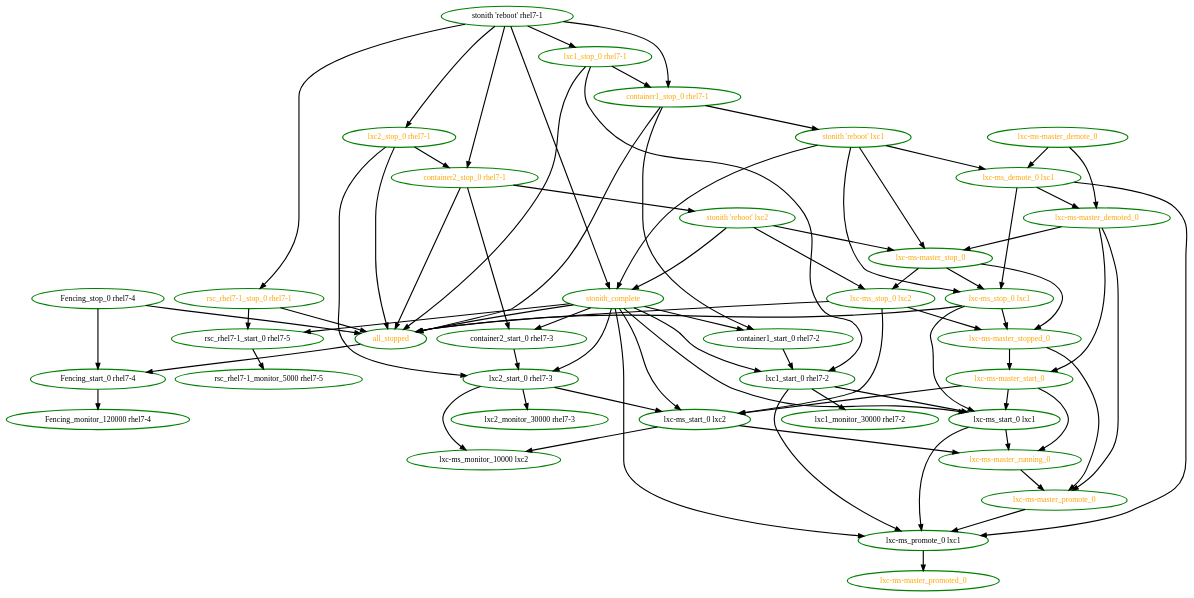
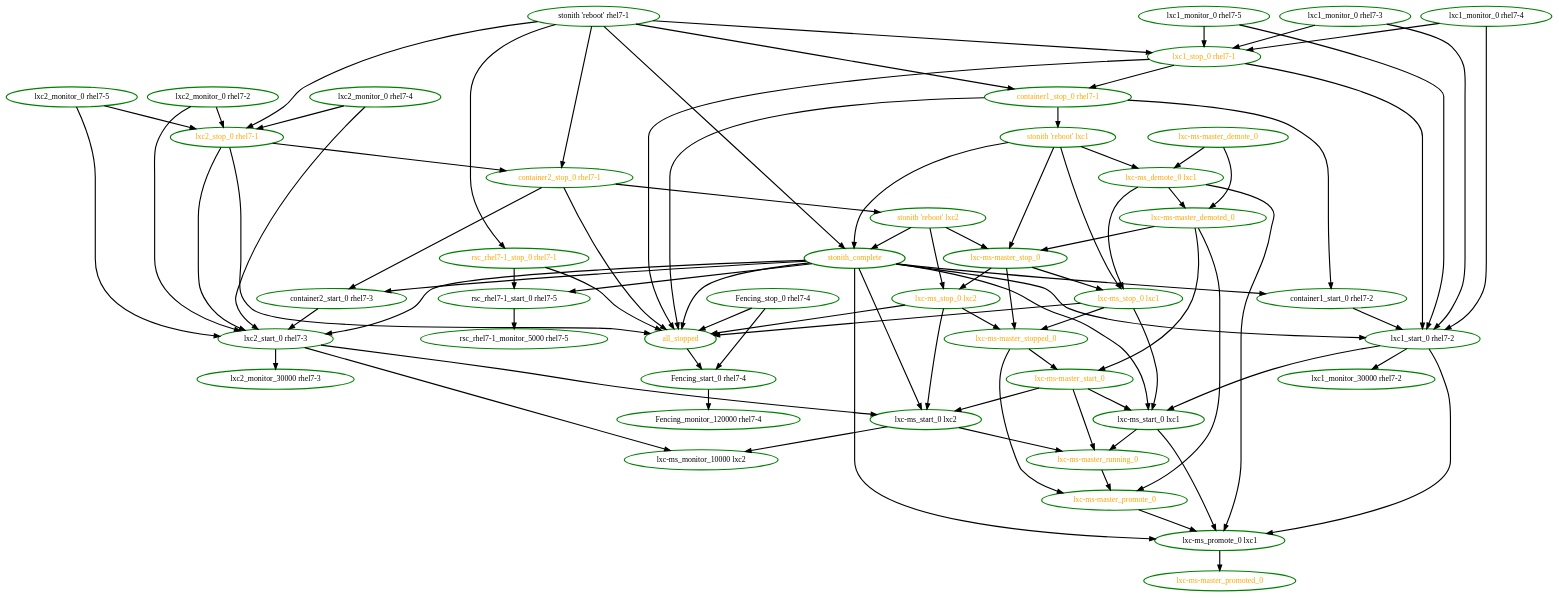
One commit to ClusterLabs/pacemaker changed the diagram in pengine/test10/guest-node-host-dies.dot. Above: the diagram before and after it, drawn with Graphviz. The commit also changed 23 other files, not shown here.

```diff
--- a/pengine/test10/guest-node-host-dies.dot
+++ b/pengine/test10/guest-node-host-dies.dot
@@ -1,116 +1,134 @@
 digraph "g" {
 "Fencing_monitor_120000 rhel7-4" [ style=bold color="green" fontcolor="black"]
 "Fencing_start_0 rhel7-4" -> "Fencing_monitor_120000 rhel7-4" [ style = bold]
 "Fencing_start_0 rhel7-4" [ style=bold color="green" fontcolor="black"]
 "Fencing_stop_0 rhel7-4" -> "Fencing_start_0 rhel7-4" [ style = bold]
 "Fencing_stop_0 rhel7-4" -> "all_stopped" [ style = bold]
 "Fencing_stop_0 rhel7-4" [ style=bold color="green" fontcolor="black"]
 "all_stopped" -> "Fencing_start_0 rhel7-4" [ style = bold]
 "all_stopped" [ style=bold color="green" fontcolor="orange"]
 "container1_start_0 rhel7-2" -> "lxc1_start_0 rhel7-2" [ style = bold]
 "container1_start_0 rhel7-2" [ style=bold color="green" fontcolor="black"]
 "container1_stop_0 rhel7-1" -> "all_stopped" [ style = bold]
 "container1_stop_0 rhel7-1" -> "container1_start_0 rhel7-2" [ style = bold]
 "container1_stop_0 rhel7-1" -> "stonith 'reboot' lxc1" [ style = bold]
 "container1_stop_0 rhel7-1" [ style=bold color="green" fontcolor="orange"]
 "container2_start_0 rhel7-3" -> "lxc2_start_0 rhel7-3" [ style = bold]
 "container2_start_0 rhel7-3" [ style=bold color="green" fontcolor="black"]
 "container2_stop_0 rhel7-1" -> "all_stopped" [ style = bold]
 "container2_stop_0 rhel7-1" -> "container2_start_0 rhel7-3" [ style = bold]
 "container2_stop_0 rhel7-1" -> "stonith 'reboot' lxc2" [ style = bold]
 "container2_stop_0 rhel7-1" [ style=bold color="green" fontcolor="orange"]
 "lxc-ms-master_demote_0" -> "lxc-ms-master_demoted_0" [ style = bold]
 "lxc-ms-master_demote_0" -> "lxc-ms_demote_0 lxc1" [ style = bold]
 "lxc-ms-master_demote_0" [ style=bold color="green" fontcolor="orange"]
 "lxc-ms-master_demoted_0" -> "lxc-ms-master_promote_0" [ style = bold]
 "lxc-ms-master_demoted_0" -> "lxc-ms-master_start_0" [ style = bold]
 "lxc-ms-master_demoted_0" -> "lxc-ms-master_stop_0" [ style = bold]
 "lxc-ms-master_demoted_0" [ style=bold color="green" fontcolor="orange"]
 "lxc-ms-master_promote_0" -> "lxc-ms_promote_0 lxc1" [ style = bold]
 "lxc-ms-master_promote_0" [ style=bold color="green" fontcolor="orange"]
 "lxc-ms-master_promoted_0" [ style=bold color="green" fontcolor="orange"]
 "lxc-ms-master_running_0" -> "lxc-ms-master_promote_0" [ style = bold]
 "lxc-ms-master_running_0" [ style=bold color="green" fontcolor="orange"]
 "lxc-ms-master_start_0" -> "lxc-ms-master_running_0" [ style = bold]
 "lxc-ms-master_start_0" -> "lxc-ms_start_0 lxc1" [ style = bold]
 "lxc-ms-master_start_0" -> "lxc-ms_start_0 lxc2" [ style = bold]
 "lxc-ms-master_start_0" [ style=bold color="green" fontcolor="orange"]
 "lxc-ms-master_stop_0" -> "lxc-ms-master_stopped_0" [ style = bold]
 "lxc-ms-master_stop_0" -> "lxc-ms_stop_0 lxc1" [ style = bold]
 "lxc-ms-master_stop_0" -> "lxc-ms_stop_0 lxc2" [ style = bold]
 "lxc-ms-master_stop_0" [ style=bold color="green" fontcolor="orange"]
 "lxc-ms-master_stopped_0" -> "lxc-ms-master_promote_0" [ style = bold]
 "lxc-ms-master_stopped_0" -> "lxc-ms-master_start_0" [ style = bold]
 "lxc-ms-master_stopped_0" [ style=bold color="green" fontcolor="orange"]
 "lxc-ms_demote_0 lxc1" -> "lxc-ms-master_demoted_0" [ style = bold]
 "lxc-ms_demote_0 lxc1" -> "lxc-ms_promote_0 lxc1" [ style = bold]
 "lxc-ms_demote_0 lxc1" -> "lxc-ms_stop_0 lxc1" [ style = bold]
 "lxc-ms_demote_0 lxc1" [ style=bold color="green" fontcolor="orange"]
 "lxc-ms_monitor_10000 lxc2" [ style=bold color="green" fontcolor="black"]
 "lxc-ms_promote_0 lxc1" -> "lxc-ms-master_promoted_0" [ style = bold]
 "lxc-ms_promote_0 lxc1" [ style=bold color="green" fontcolor="black"]
 "lxc-ms_start_0 lxc1" -> "lxc-ms-master_running_0" [ style = bold]
 "lxc-ms_start_0 lxc1" -> "lxc-ms_promote_0 lxc1" [ style = bold]
 "lxc-ms_start_0 lxc1" [ style=bold color="green" fontcolor="black"]
 "lxc-ms_start_0 lxc2" -> "lxc-ms-master_running_0" [ style = bold]
 "lxc-ms_start_0 lxc2" -> "lxc-ms_monitor_10000 lxc2" [ style = bold]
 "lxc-ms_start_0 lxc2" [ style=bold color="green" fontcolor="black"]
 "lxc-ms_stop_0 lxc1" -> "all_stopped" [ style = bold]
 "lxc-ms_stop_0 lxc1" -> "lxc-ms-master_stopped_0" [ style = bold]
 "lxc-ms_stop_0 lxc1" -> "lxc-ms_start_0 lxc1" [ style = bold]
 "lxc-ms_stop_0 lxc1" [ style=bold color="green" fontcolor="orange"]
 "lxc-ms_stop_0 lxc2" -> "all_stopped" [ style = bold]
 "lxc-ms_stop_0 lxc2" -> "lxc-ms-master_stopped_0" [ style = bold]
 "lxc-ms_stop_0 lxc2" -> "lxc-ms_start_0 lxc2" [ style = bold]
 "lxc-ms_stop_0 lxc2" [ style=bold color="green" fontcolor="orange"]
+"lxc1_monitor_0 rhel7-3" -> "lxc1_start_0 rhel7-2" [ style = bold]
+"lxc1_monitor_0 rhel7-3" -> "lxc1_stop_0 rhel7-1" [ style = bold]
+"lxc1_monitor_0 rhel7-3" [ style=bold color="green" fontcolor="black"]
+"lxc1_monitor_0 rhel7-4" -> "lxc1_start_0 rhel7-2" [ style = bold]
+"lxc1_monitor_0 rhel7-4" -> "lxc1_stop_0 rhel7-1" [ style = bold]
+"lxc1_monitor_0 rhel7-4" [ style=bold color="green" fontcolor="black"]
+"lxc1_monitor_0 rhel7-5" -> "lxc1_start_0 rhel7-2" [ style = bold]
+"lxc1_monitor_0 rhel7-5" -> "lxc1_stop_0 rhel7-1" [ style = bold]
+"lxc1_monitor_0 rhel7-5" [ style=bold color="green" fontcolor="black"]
 "lxc1_monitor_30000 rhel7-2" [ style=bold color="green" fontcolor="black"]
 "lxc1_start_0 rhel7-2" -> "lxc-ms_promote_0 lxc1" [ style = bold]
 "lxc1_start_0 rhel7-2" -> "lxc-ms_start_0 lxc1" [ style = bold]
 "lxc1_start_0 rhel7-2" -> "lxc1_monitor_30000 rhel7-2" [ style = bold]
 "lxc1_start_0 rhel7-2" [ style=bold color="green" fontcolor="black"]
 "lxc1_stop_0 rhel7-1" -> "all_stopped" [ style = bold]
 "lxc1_stop_0 rhel7-1" -> "container1_stop_0 rhel7-1" [ style = bold]
 "lxc1_stop_0 rhel7-1" -> "lxc1_start_0 rhel7-2" [ style = bold]
 "lxc1_stop_0 rhel7-1" [ style=bold color="green" fontcolor="orange"]
+"lxc2_monitor_0 rhel7-2" -> "lxc2_start_0 rhel7-3" [ style = bold]
+"lxc2_monitor_0 rhel7-2" -> "lxc2_stop_0 rhel7-1" [ style = bold]
+"lxc2_monitor_0 rhel7-2" [ style=bold color="green" fontcolor="black"]
+"lxc2_monitor_0 rhel7-4" -> "lxc2_start_0 rhel7-3" [ style = bold]
+"lxc2_monitor_0 rhel7-4" -> "lxc2_stop_0 rhel7-1" [ style = bold]
+"lxc2_monitor_0 rhel7-4" [ style=bold color="green" fontcolor="black"]
+"lxc2_monitor_0 rhel7-5" -> "lxc2_start_0 rhel7-3" [ style = bold]
+"lxc2_monitor_0 rhel7-5" -> "lxc2_stop_0 rhel7-1" [ style = bold]
+"lxc2_monitor_0 rhel7-5" [ style=bold color="green" fontcolor="black"]
 "lxc2_monitor_30000 rhel7-3" [ style=bold color="green" fontcolor="black"]
 "lxc2_start_0 rhel7-3" -> "lxc-ms_monitor_10000 lxc2" [ style = bold]
 "lxc2_start_0 rhel7-3" -> "lxc-ms_start_0 lxc2" [ style = bold]
 "lxc2_start_0 rhel7-3" -> "lxc2_monitor_30000 rhel7-3" [ style = bold]
 "lxc2_start_0 rhel7-3" [ style=bold color="green" fontcolor="black"]
 "lxc2_stop_0 rhel7-1" -> "all_stopped" [ style = bold]
 "lxc2_stop_0 rhel7-1" -> "container2_stop_0 rhel7-1" [ style = bold]
 "lxc2_stop_0 rhel7-1" -> "lxc2_start_0 rhel7-3" [ style = bold]
 "lxc2_stop_0 rhel7-1" [ style=bold color="green" fontcolor="orange"]
 "rsc_rhel7-1_monitor_5000 rhel7-5" [ style=bold color="green" fontcolor="black"]
 "rsc_rhel7-1_start_0 rhel7-5" -> "rsc_rhel7-1_monitor_5000 rhel7-5" [ style = bold]
 "rsc_rhel7-1_start_0 rhel7-5" [ style=bold color="green" fontcolor="black"]
 "rsc_rhel7-1_stop_0 rhel7-1" -> "all_stopped" [ style = bold]
 "rsc_rhel7-1_stop_0 rhel7-1" -> "rsc_rhel7-1_start_0 rhel7-5" [ style = bold]
 "rsc_rhel7-1_stop_0 rhel7-1" [ style=bold color="green" fontcolor="orange"]
 "stonith 'reboot' lxc1" -> "lxc-ms-master_stop_0" [ style = bold]
 "stonith 'reboot' lxc1" -> "lxc-ms_demote_0 lxc1" [ style = bold]
 "stonith 'reboot' lxc1" -> "lxc-ms_stop_0 lxc1" [ style = bold]
 "stonith 'reboot' lxc1" -> "stonith_complete" [ style = bold]
 "stonith 'reboot' lxc1" [ style=bold color="green" fontcolor="orange"]
 "stonith 'reboot' lxc2" -> "lxc-ms-master_stop_0" [ style = bold]
 "stonith 'reboot' lxc2" -> "lxc-ms_stop_0 lxc2" [ style = bold]
 "stonith 'reboot' lxc2" -> "stonith_complete" [ style = bold]
 "stonith 'reboot' lxc2" [ style=bold color="green" fontcolor="orange"]
 "stonith 'reboot' rhel7-1" -> "container1_stop_0 rhel7-1" [ style = bold]
 "stonith 'reboot' rhel7-1" -> "container2_stop_0 rhel7-1" [ style = bold]
 "stonith 'reboot' rhel7-1" -> "lxc1_stop_0 rhel7-1" [ style = bold]
 "stonith 'reboot' rhel7-1" -> "lxc2_stop_0 rhel7-1" [ style = bold]
 "stonith 'reboot' rhel7-1" -> "rsc_rhel7-1_stop_0 rhel7-1" [ style = bold]
 "stonith 'reboot' rhel7-1" -> "stonith_complete" [ style = bold]
 "stonith 'reboot' rhel7-1" [ style=bold color="green" fontcolor="black"]
 "stonith_complete" -> "all_stopped" [ style = bold]
 "stonith_complete" -> "container1_start_0 rhel7-2" [ style = bold]
 "stonith_complete" -> "container2_start_0 rhel7-3" [ style = bold]
 "stonith_complete" -> "lxc-ms_promote_0 lxc1" [ style = bold]
 "stonith_complete" -> "lxc-ms_start_0 lxc1" [ style = bold]
 "stonith_complete" -> "lxc-ms_start_0 lxc2" [ style = bold]
 "stonith_complete" -> "lxc1_start_0 rhel7-2" [ style = bold]
 "stonith_complete" -> "lxc2_start_0 rhel7-3" [ style = bold]
 "stonith_complete" -> "rsc_rhel7-1_start_0 rhel7-5" [ style = bold]
 "stonith_complete" [ style=bold color="green" fontcolor="orange"]
 }
```
